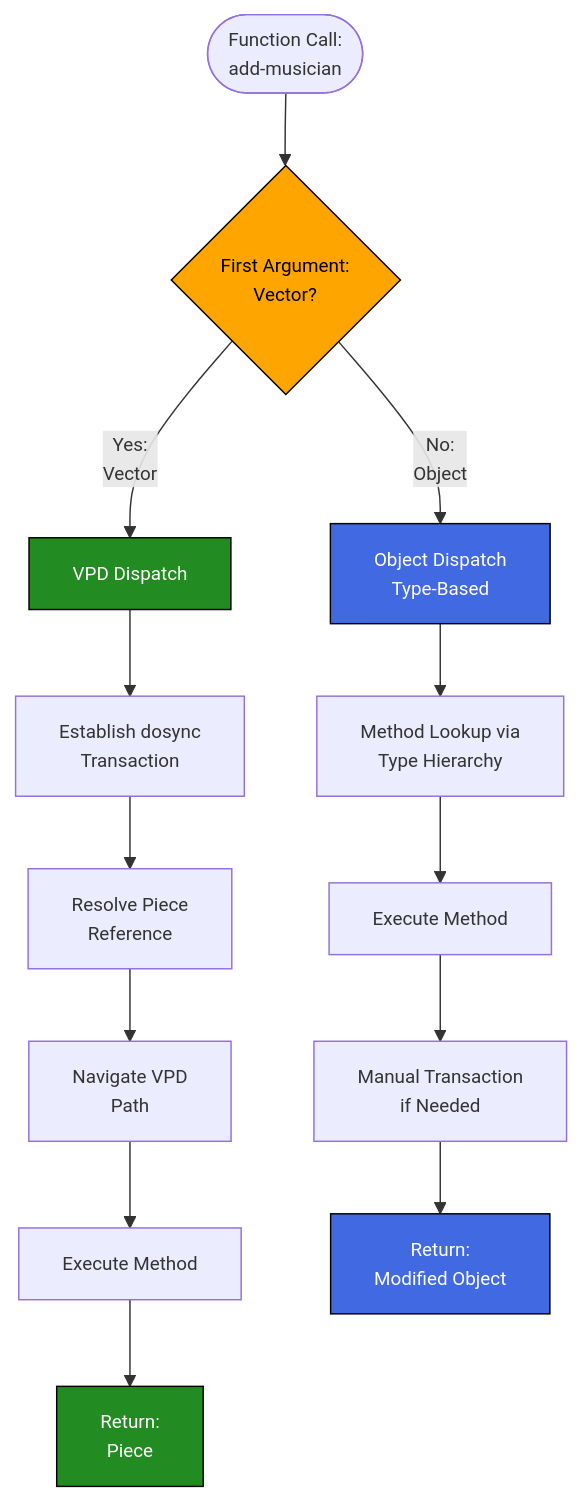
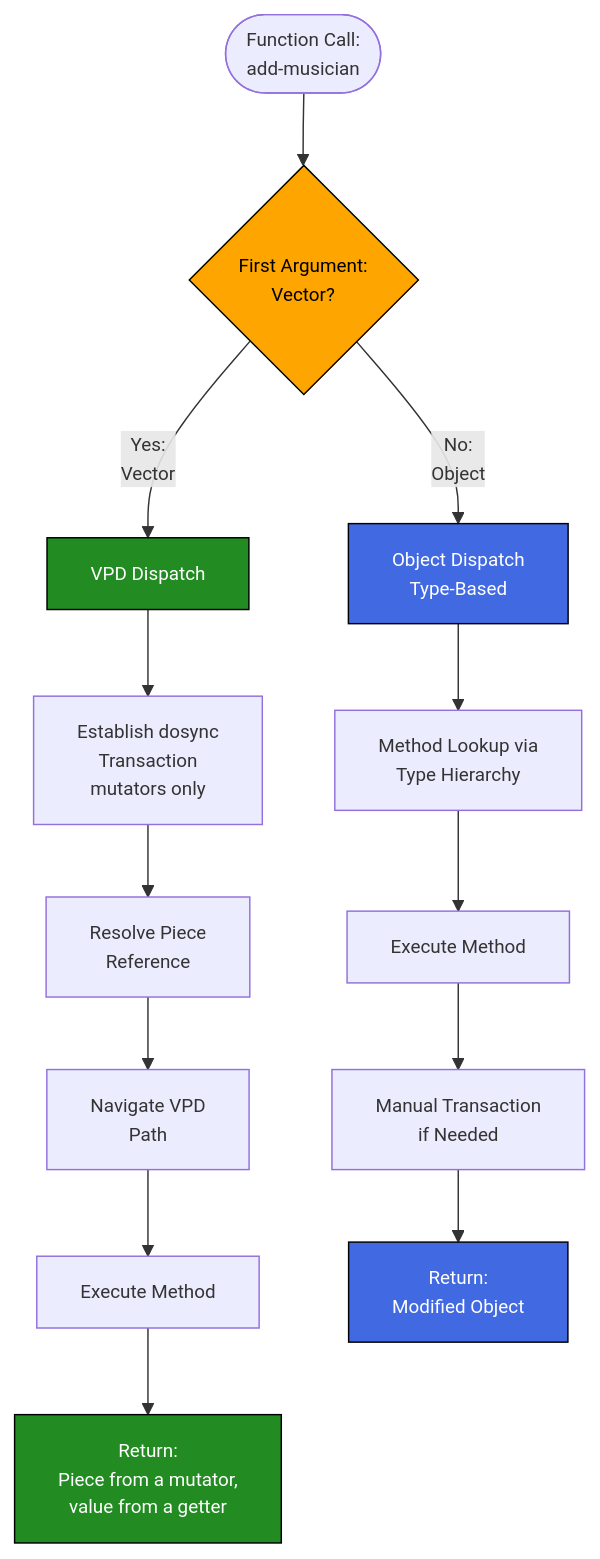
The fourth of 4 diagrams in guides/POLYMORPHIC_API_GUIDE.md (PeterBengtson/Ooloi-docs), drawn with Mermaid before and after one commit. The commit also changed other lines of this file and 15 other files, not shown here.

````diff
--- a/guides/POLYMORPHIC_API_GUIDE.md
+++ b/guides/POLYMORPHIC_API_GUIDE.md
@@ -652,25 +705,25 @@
 ```mermaid
 %%{init: {'themeVariables': { 'fontSize':'13px'}}}%%
 flowchart TD
     Start([Function Call:<br/>add-musician]) --> Check{First Argument:<br/>Vector?}
 
     Check -->|Yes:<br/>Vector| VPD[VPD Dispatch]
     Check -->|No:<br/>Object| Obj[Object Dispatch<br/>Type-Based]
 
-    VPD --> VPD1[Establish dosync<br/>Transaction]
+    VPD --> VPD1["Establish dosync<br/>Transaction<br/>mutators only"]
     VPD1 --> VPD2[Resolve Piece<br/>Reference]
     VPD2 --> VPD3[Navigate VPD<br/>Path]
     VPD3 --> VPD4[Execute Method]
-    VPD4 --> ReturnP[Return:<br/>Piece]
+    VPD4 --> ReturnP["Return:<br/>Piece from a mutator,<br/>value from a getter"]
 
     Obj --> Obj1[Method Lookup via<br/>Type Hierarchy]
     Obj1 --> Obj2[Execute Method]
     Obj2 --> Obj3[Manual Transaction<br/>if Needed]
     Obj3 --> ReturnO[Return:<br/>Modified Object]
 
     style VPD fill:#228B22,stroke:#000,color:#fff
     style Obj fill:#4169E1,stroke:#000,color:#fff
     style ReturnP fill:#228B22,stroke:#000,color:#fff
     style ReturnO fill:#4169E1,stroke:#000,color:#fff
     style Check fill:#FFA500,stroke:#000,color:#000
 ```
````
